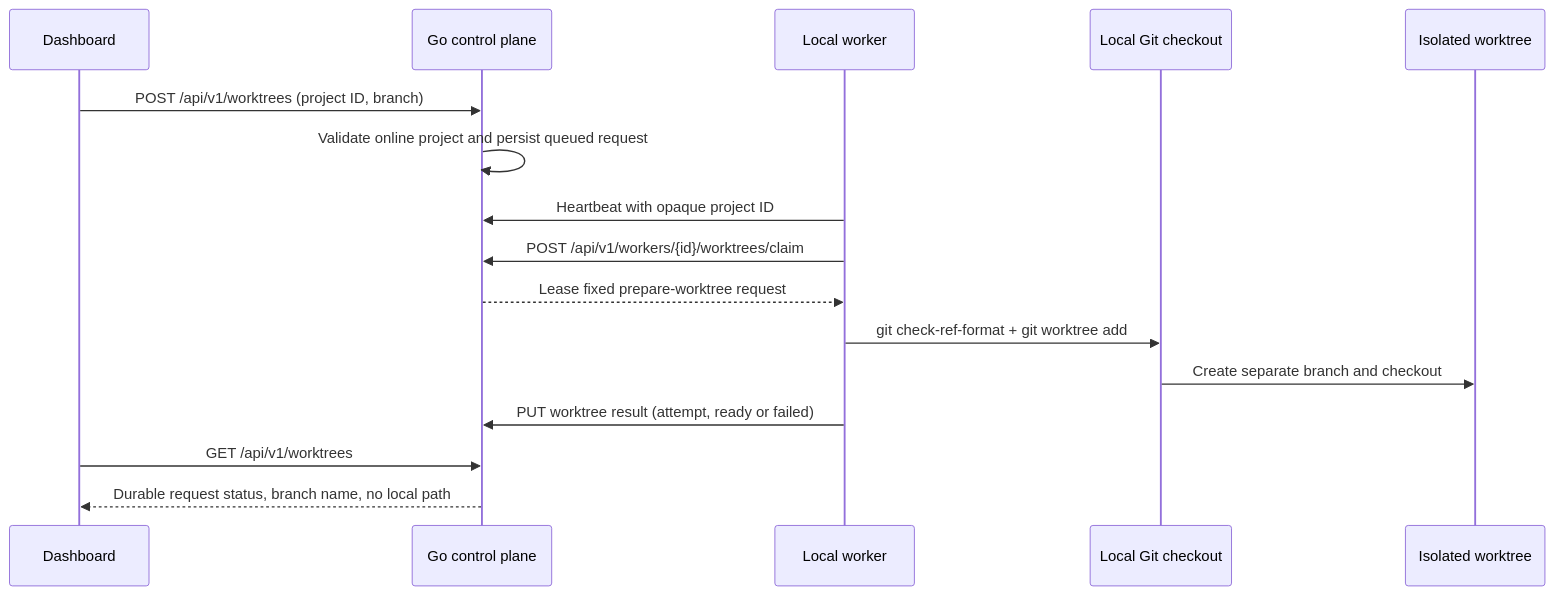
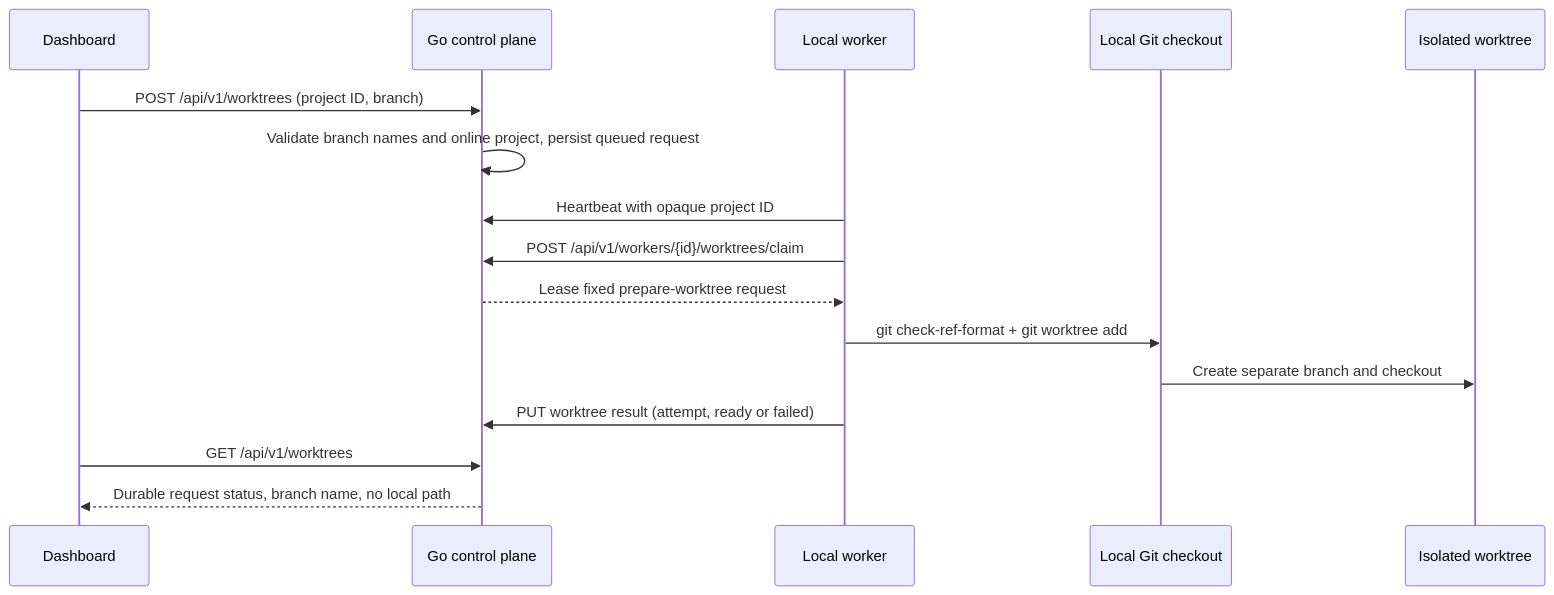
One commit to bogdaniel/zenchron-engineering-os changed the diagram in docs/features/isolated-worktrees.md. Above: the diagram before and after it, drawn with Mermaid. The commit also changed other lines of this file and 2 other files, not shown here.

````diff
--- a/docs/features/isolated-worktrees.md
+++ b/docs/features/isolated-worktrees.md
@@ -31,18 +32,18 @@
 ```mermaid
 sequenceDiagram
     participant D as Dashboard
     participant C as Go control plane
     participant W as Local worker
     participant R as Local Git checkout
     participant T as Isolated worktree
     D->>C: POST /api/v1/worktrees (project ID, branch)
-    C->>C: Validate online project and persist queued request
+    C->>C: Validate branch names and online project, persist queued request
     W->>C: Heartbeat with opaque project ID
     W->>C: POST /api/v1/workers/{id}/worktrees/claim
     C-->>W: Lease fixed prepare-worktree request
     W->>R: git check-ref-format + git worktree add
     R->>T: Create separate branch and checkout
     W->>C: PUT worktree result (attempt, ready or failed)
     D->>C: GET /api/v1/worktrees
     C-->>D: Durable request status, branch name, no local path
 ```
````
